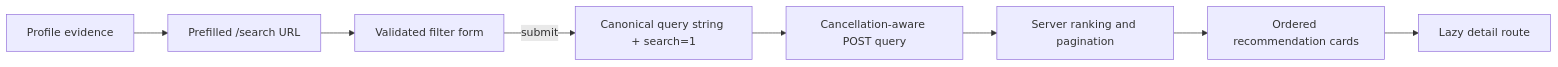
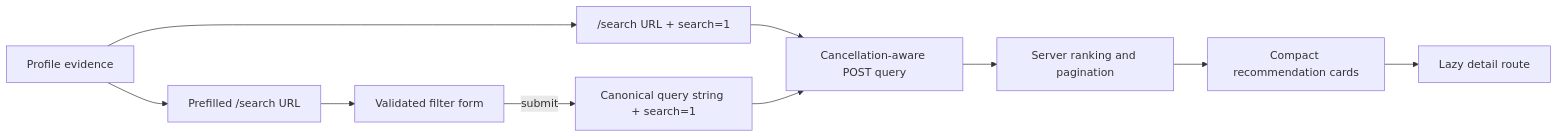
One commit to tensho1026/github-oss-search changed the second of 2 diagrams in docs/frontend.md. Above: the diagram before and after it, drawn with Mermaid. The commit also changed other lines of this file and 52 other files, not shown here.

````diff
--- a/docs/frontend.md
+++ b/docs/frontend.md
@@ -123,10 +130,12 @@
 ```mermaid
 flowchart LR
-    Profile["Profile evidence"] --> Prefill["Prefilled /search URL"]
-    Prefill --> Form["Validated filter form"]
+    Profile["Profile evidence"] --> Execute["/search URL + search=1"]
+    Profile --> Review["Prefilled /search URL"]
+    Execute --> Query["Cancellation-aware POST query"]
+    Review --> Form["Validated filter form"]
     Form -->|submit| URL["Canonical query string + search=1"]
-    URL --> Query["Cancellation-aware POST query"]
+    URL --> Query
     Query --> API["Server ranking and pagination"]
-    API --> Cards["Ordered recommendation cards"]
+    API --> Cards["Compact recommendation cards"]
     Cards --> Detail["Lazy detail route"]
 ```
````
